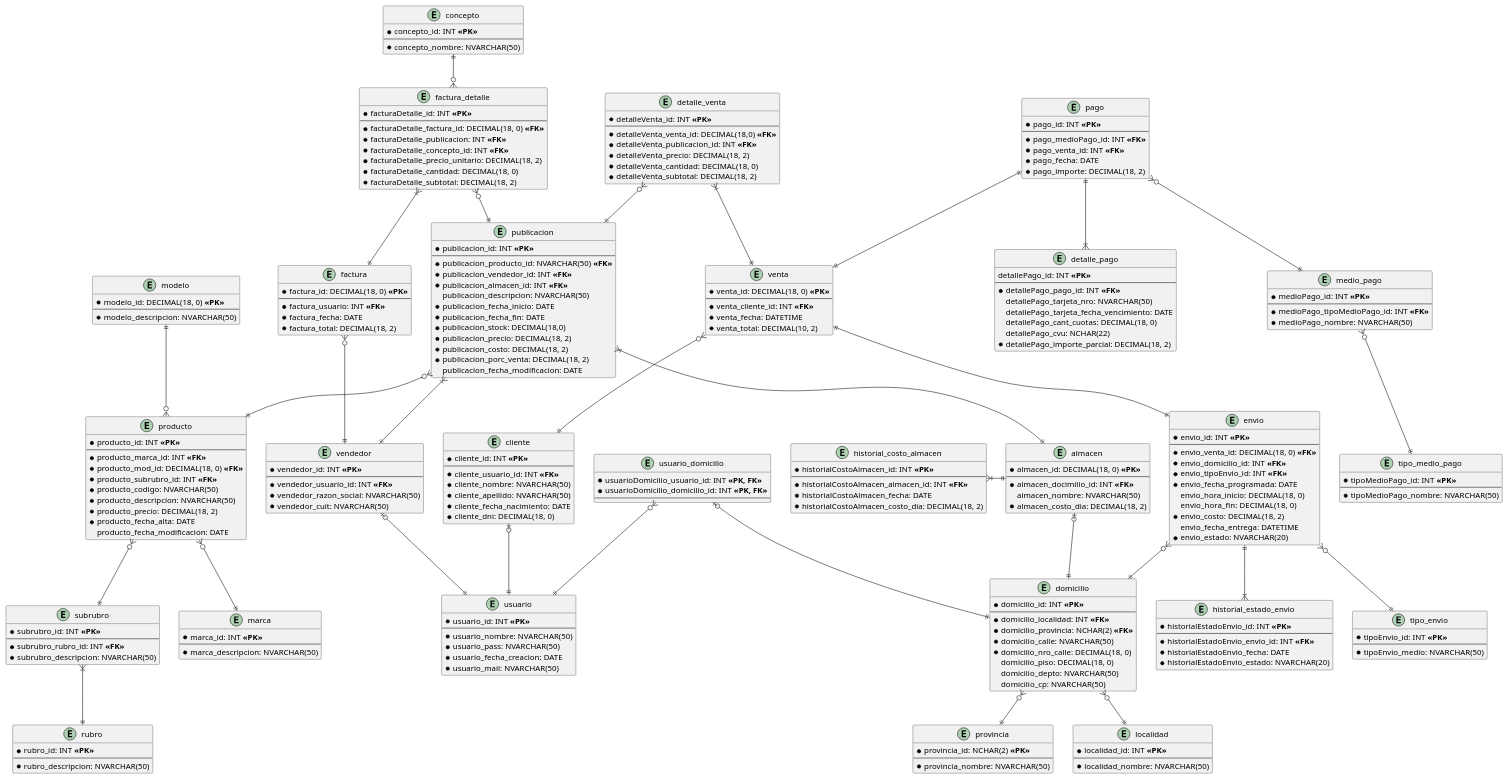
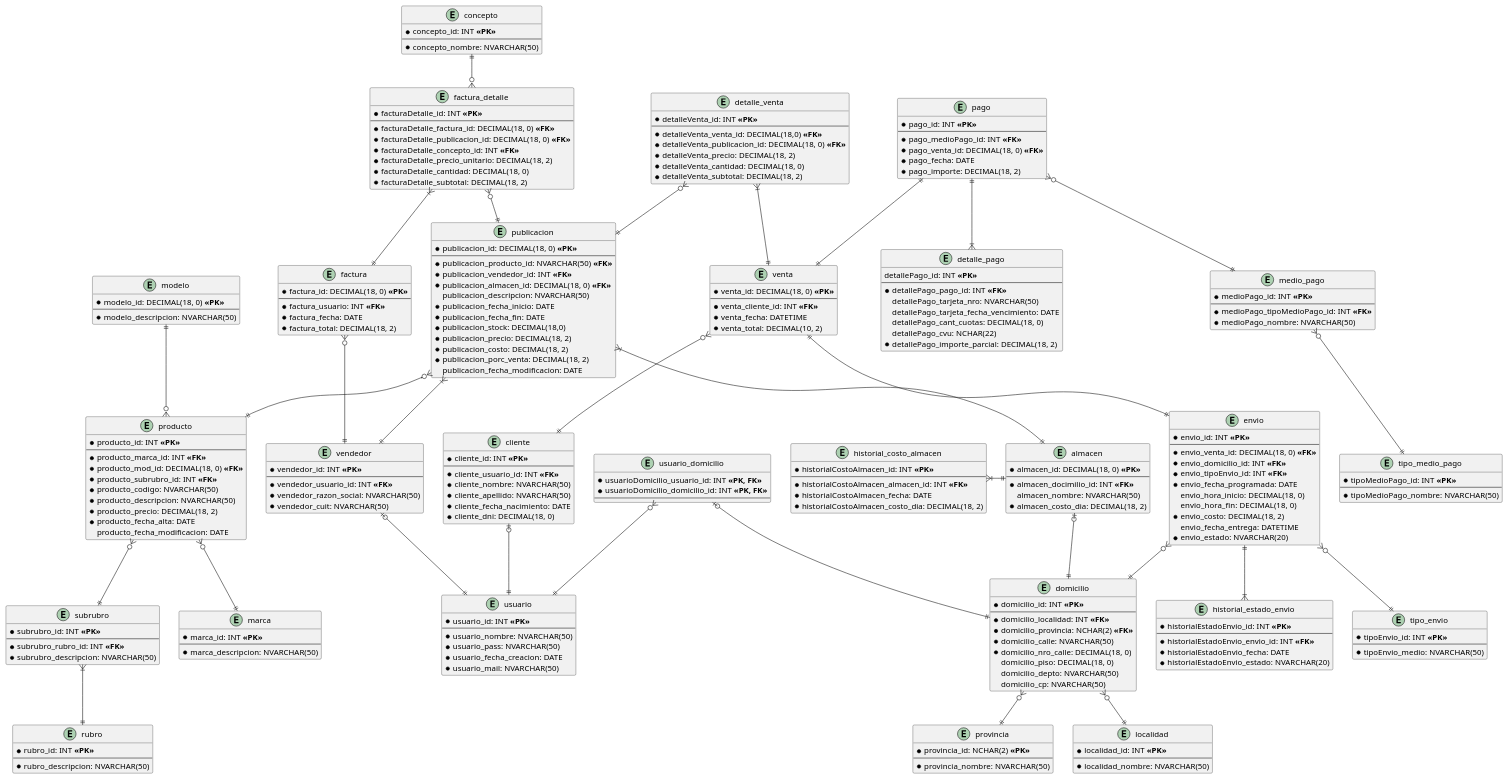
The diagram in diagramas/diagrama-entidad-relacion-inicial.puml (eitan-wajsberg/tp-gdd-2024-2C), drawn with PlantUML before and after one commit.

Commit message:
diagramas: correcciones

```diff
--- a/diagramas/diagrama-entidad-relacion-inicial.puml
+++ b/diagramas/diagrama-entidad-relacion-inicial.puml
@@ -1,11 +1,11 @@
 @startuml diagrama-entidad-relacion-inicial
 
 entity "publicacion" {
-  * publicacion_id: INT **<<PK>>**
+  * publicacion_id: DECIMAL(18, 0) **<<PK>>**
   --
     * publicacion_producto_id: NVARCHAR(50) **<<FK>>**
     * publicacion_vendedor_id: INT **<<FK>>**
-    * publicacion_almacen_id: INT **<<FK>>**
+    * publicacion_almacen_id: DECIMAL(18, 0) **<<FK>>**
     publicacion_descripcion: NVARCHAR(50)
     * publicacion_fecha_inicio: DATE
     * publicacion_fecha_fin: DATE
@@ -90,7 +90,7 @@
   * detalleVenta_id: INT **<<PK>>**
   --
     * detalleVenta_venta_id: DECIMAL(18,0) **<<FK>>**
-    * detalleVenta_publicacion_id: INT **<<FK>>**
+    * detalleVenta_publicacion_id: DECIMAL(18, 0) **<<FK>>**
     * detalleVenta_precio: DECIMAL(18, 2)
     * detalleVenta_cantidad: DECIMAL(18, 0)
     * detalleVenta_subtotal: DECIMAL(18, 2)
@@ -110,7 +110,7 @@
   * pago_id: INT **<<PK>>**
   --
     * pago_medioPago_id: INT **<<FK>>**
-    * pago_venta_id: INT **<<FK>>**
+    * pago_venta_id: DECIMAL(18, 0) **<<FK>>**
     * pago_fecha: DATE
     * pago_importe: DECIMAL(18, 2)
 }
@@ -218,7 +218,7 @@
   * facturaDetalle_id: INT **<<PK>>**
   --
     * facturaDetalle_factura_id: DECIMAL(18, 0) **<<FK>>**
-    * facturaDetalle_publicacion: INT **<<FK>>** 
+    * facturaDetalle_publicacion_id: DECIMAL(18, 0) **<<FK>>** 
     * facturaDetalle_concepto_id: INT **<<FK>>**
     * facturaDetalle_precio_unitario: DECIMAL(18, 2)
     * facturaDetalle_cantidad: DECIMAL(18, 0)
```
